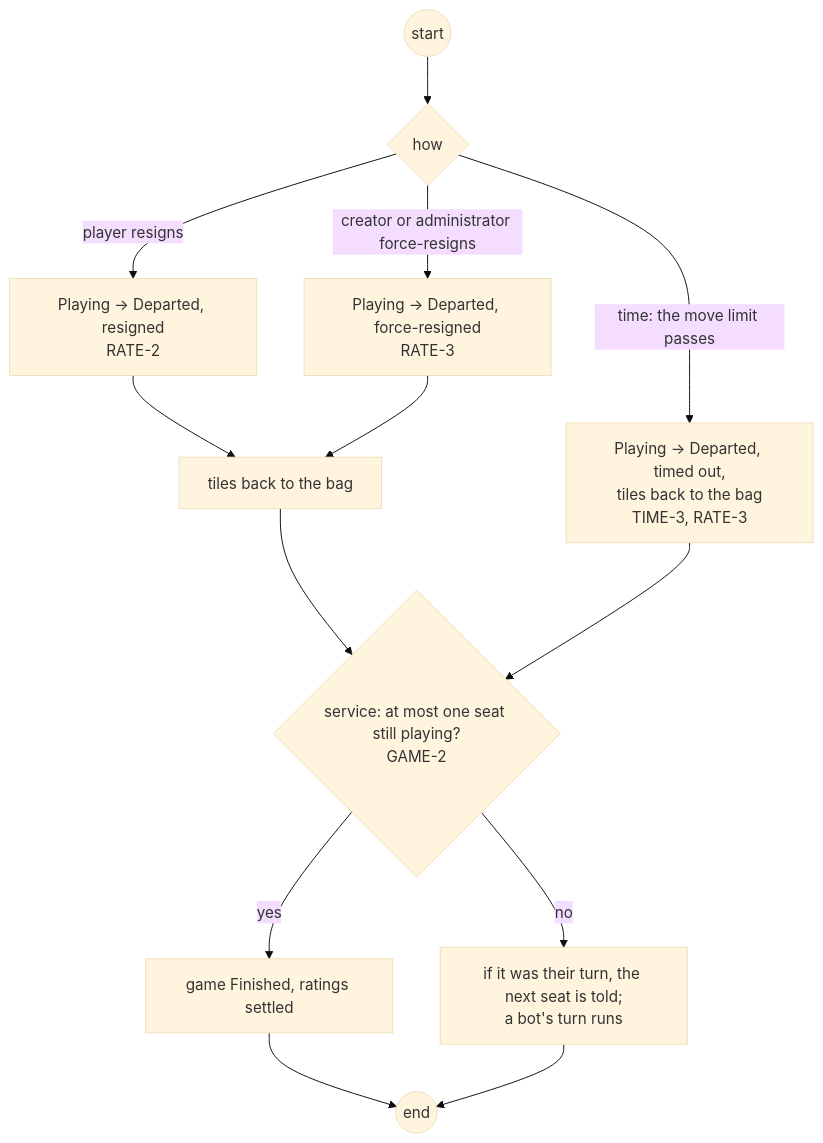
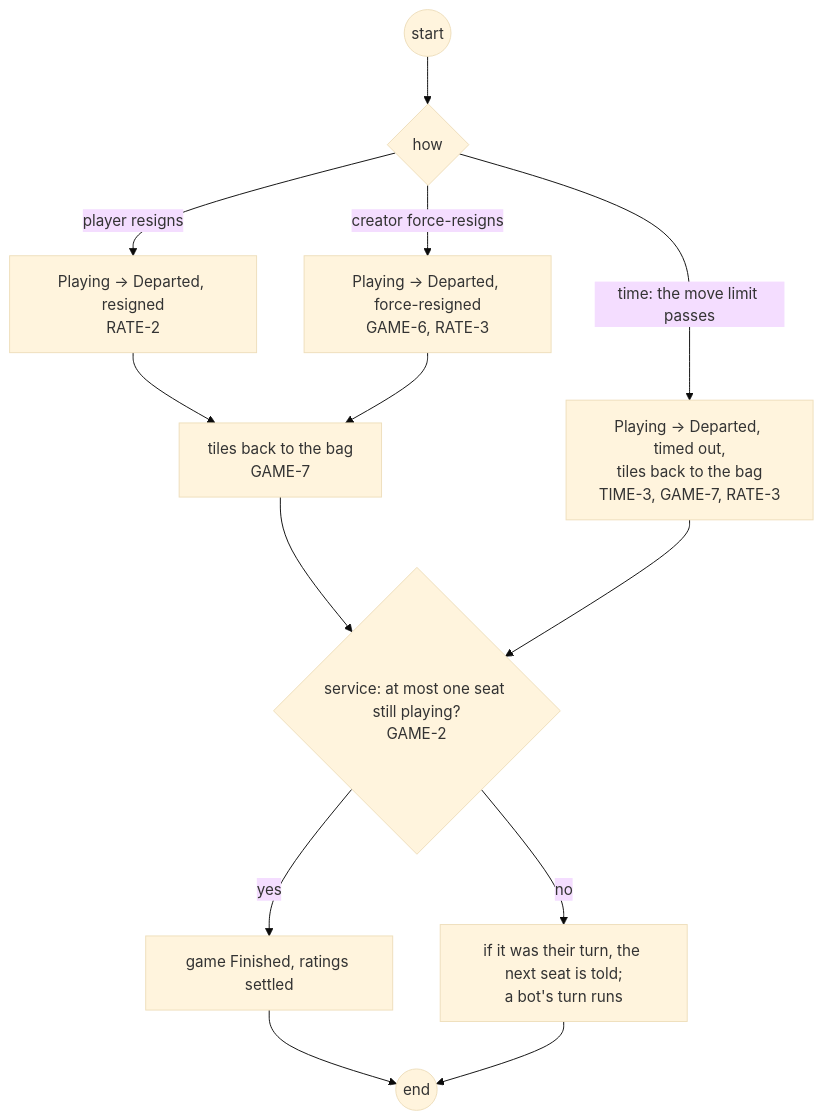
One commit to delphside/programme changed the fourth of 20 diagrams in docs/changes/workstreams/application-game-architecture/71-one-game-model/71-functional.md. Above: the diagram before and after it, drawn with Mermaid (base theme). The commit also changed other lines of this file and 2 other files, not shown here.

First line of the commit message:
app 0.9.2 api 2.16: GAME-5 to GAME-7, the rules the journeys found

````diff
--- a/docs/changes/workstreams/application-game-architecture/71-one-game-model/71-functional.md
+++ b/docs/changes/workstreams/application-game-architecture/71-one-game-model/71-functional.md
@@ -131,15 +130,15 @@
 ```mermaid
 flowchart TD
   s0((start)) --> d0{"how"}
   d0 -- "player resigns" --> a1["Playing → Departed, resigned<br/>RATE-2"]
-  d0 -- "creator or administrator force-resigns" --> a2["Playing → Departed, force-resigned<br/>RATE-3"]
-  d0 -- "time: the move limit passes" --> a3["Playing → Departed, timed out,<br/>tiles back to the bag<br/>TIME-3, RATE-3"]
-  a1 --> b1["tiles back to the bag"]
+  d0 -- "creator force-resigns" --> a2["Playing → Departed, force-resigned<br/>GAME-6, RATE-3"]
+  d0 -- "time: the move limit passes" --> a3["Playing → Departed, timed out,<br/>tiles back to the bag<br/>TIME-3, GAME-7, RATE-3"]
+  a1 --> b1["tiles back to the bag<br/>GAME-7"]
   a2 --> b1
   b1 --> v1{"service: at most one seat still playing?<br/>GAME-2"}
   a3 --> v1
   v1 -- yes --> t1["game Finished, ratings settled"]
   v1 -- no --> t2["if it was their turn, the next seat is told;<br/>a bot's turn runs"]
   t1 --> e0((end))
   t2 --> e0
 ```
````
